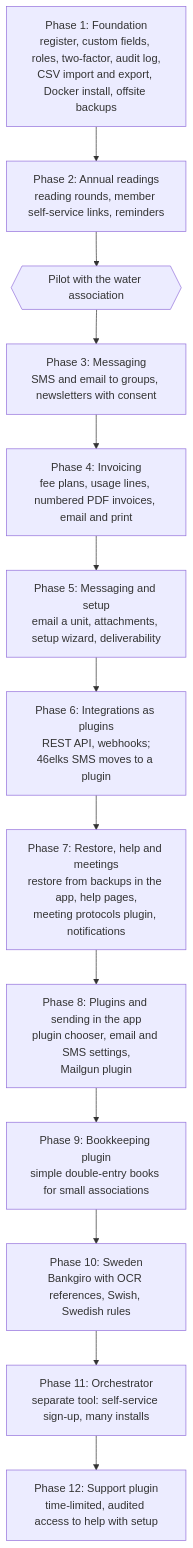
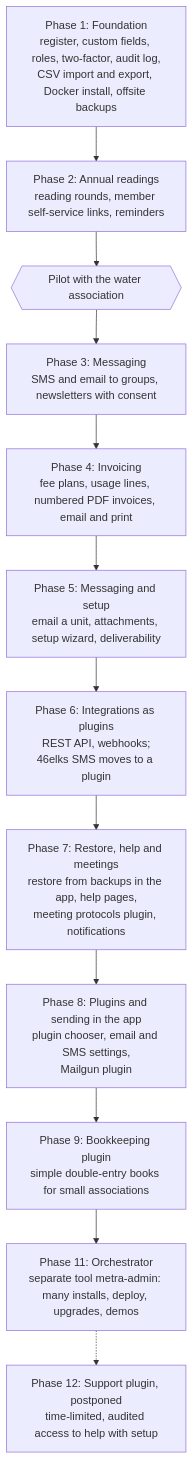
The second of 2 diagrams in docs/architecture.md (savv3/Metra), drawn with Mermaid before and after one commit. The commit also changed other lines of this file and 1 other file, not shown here.

First line of the commit message:
Roadmap: park Sweden, postpone support access, refresh the orchestrator row

````diff
--- a/docs/architecture.md
+++ b/docs/architecture.md
@@ -155,17 +155,17 @@
 ```mermaid
 flowchart TD
     p1[Phase 1: Foundation<br/>register, custom fields, roles, two-factor, audit log,<br/>CSV import and export, Docker install, offsite backups]
     p2[Phase 2: Annual readings<br/>reading rounds, member self-service links, reminders]
     gate{{Pilot with the water association}}
     p3[Phase 3: Messaging<br/>SMS and email to groups, newsletters with consent]
     p4[Phase 4: Invoicing<br/>fee plans, usage lines, numbered PDF invoices, email and print]
     p5[Phase 5: Messaging and setup<br/>email a unit, attachments, setup wizard, deliverability]
     p6[Phase 6: Integrations as plugins<br/>REST API, webhooks;<br/>46elks SMS moves to a plugin]
     p7[Phase 7: Restore, help and meetings<br/>restore from backups in the app, help pages,<br/>meeting protocols plugin, notifications]
     p8[Phase 8: Plugins and sending in the app<br/>plugin chooser, email and SMS settings,<br/>Mailgun plugin]
     p9[Phase 9: Bookkeeping plugin<br/>simple double-entry books for small associations]
-    p10[Phase 10: Sweden<br/>Bankgiro with OCR references, Swish, Swedish rules]
-    p11[Phase 11: Orchestrator<br/>separate tool: self-service sign-up, many installs]
-    p12[Phase 12: Support plugin<br/>time-limited, audited access to help with setup]
-    p1 --> p2 --> gate --> p3 --> p4 --> p5 --> p6 --> p7 --> p8 --> p9 --> p10 --> p11 --> p12
+    p11[Phase 11: Orchestrator<br/>separate tool metra-admin: many installs, deploy, upgrades, demos]
+    p12[Phase 12: Support plugin, postponed<br/>time-limited, audited access to help with setup]
+    p1 --> p2 --> gate --> p3 --> p4 --> p5 --> p6 --> p7 --> p8 --> p9 --> p11
+    p11 -.-> p12
 ```
````
